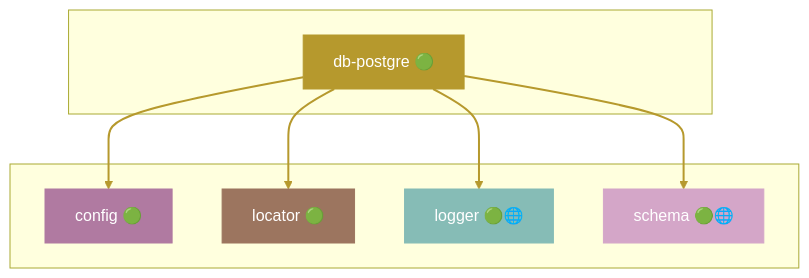
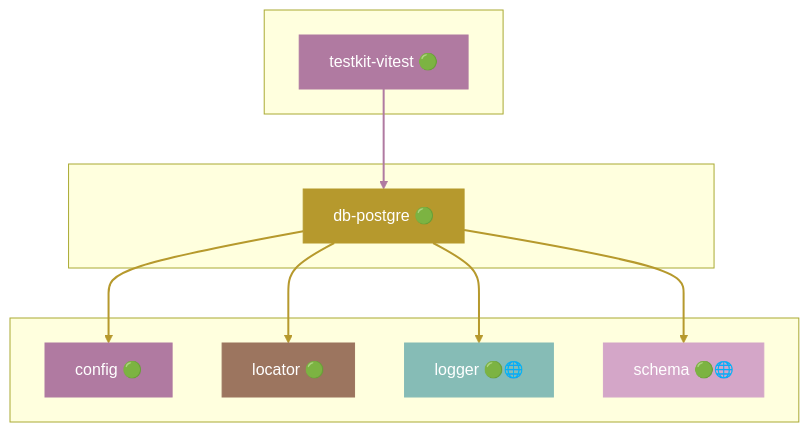
Diagram 14 of 47 in docs/DEPENDENCIES.md (grest-ts/grest-ts), drawn with Mermaid before and after one commit. The commit also changed other lines of this file and 93 other files, not shown here.

````diff
--- a/docs/DEPENDENCIES.md
+++ b/docs/DEPENDENCIES.md
@@ -853,25 +883,31 @@
 ```mermaid
 flowchart TB
+    subgraph Dependents[" "]
+        testkit-vitest["testkit-vitest 🟢"]
+    end
     subgraph Package[" "]
         db-postgre["db-postgre 🟢"]
     end
     subgraph Dependencies[" "]
         config["config 🟢"]
         locator["locator 🟢"]
         logger["logger 🟢🌐"]
         schema["schema 🟢🌐"]
     end
+    testkit-vitest --> db-postgre
     db-postgre --> config
     db-postgre --> locator
     db-postgre --> logger
     db-postgre --> schema
     style db-postgre fill:#B6992D,stroke:#B6992D,color:#fff
+    style testkit-vitest fill:#B07AA1,stroke:#B07AA1,color:#fff
     style config fill:#B07AA1,stroke:#B07AA1,color:#fff
     style locator fill:#9C755F,stroke:#9C755F,color:#fff
     style logger fill:#86BCB6,stroke:#86BCB6,color:#fff
     style schema fill:#D4A6C8,stroke:#D4A6C8,color:#fff
-    linkStyle 0 stroke:#B6992D,stroke-width:2px
+    linkStyle 0 stroke:#B07AA1,stroke-width:2px
     linkStyle 1 stroke:#B6992D,stroke-width:2px
     linkStyle 2 stroke:#B6992D,stroke-width:2px
     linkStyle 3 stroke:#B6992D,stroke-width:2px
+    linkStyle 4 stroke:#B6992D,stroke-width:2px
 ```
````
